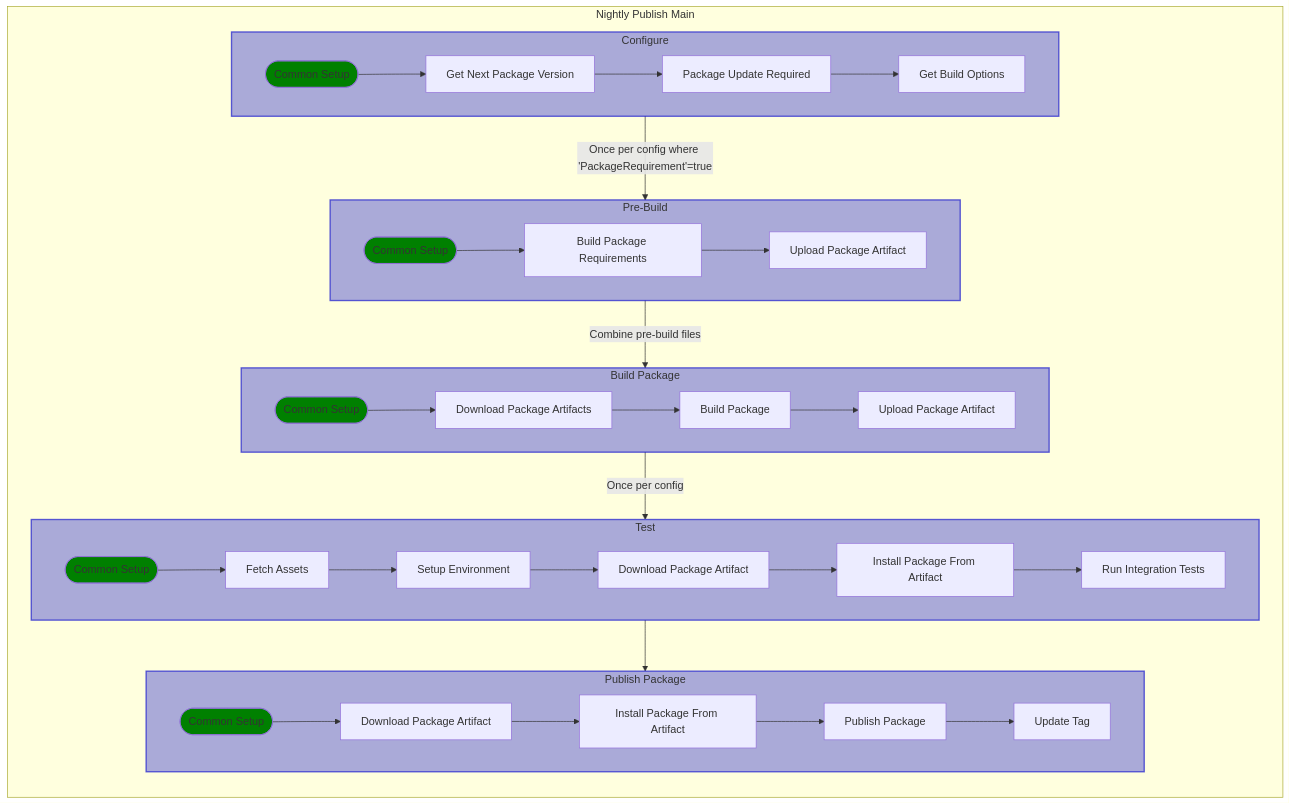
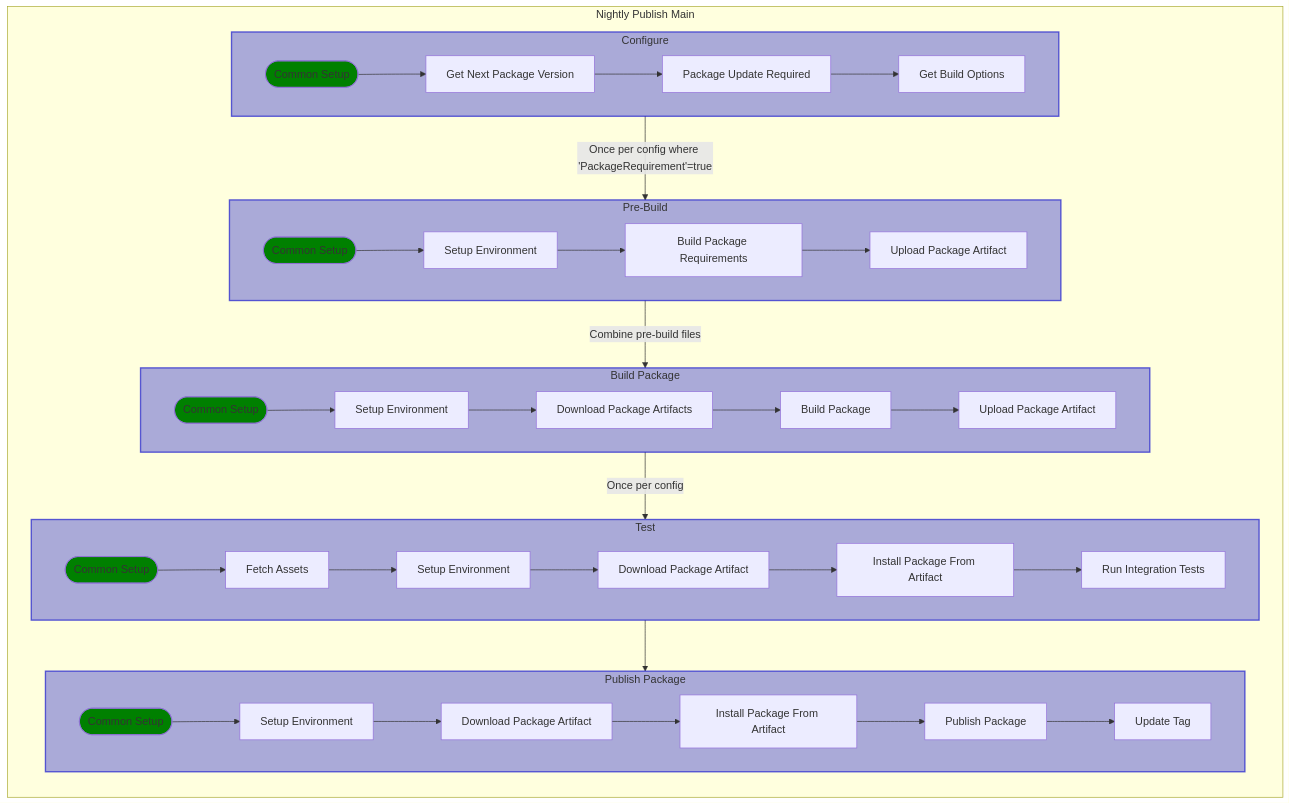
Before and after one commit to postindustria-tech/common-ci: the second of 6 diagrams in README.md, drawn with Mermaid.

Commit message:
DOC: Added setup environment step.

````diff
--- a/README.md
+++ b/README.md
@@ -49,69 +49,72 @@
 ``` mermaid
 flowchart LR;
 
 subgraph Nightly Publish Main
   conf -- Once per config where 'PackageRequirement'=true --> pbuild
   pbuild -- Combine pre-build files --> build
   build -- Once per config --> test
   test --> pub
 end
 
 subgraph conf[Configure]
   direction LR
   style conf fill:#00C5,stroke:#00C9,stroke-width:2px;
   A([Common Setup])
   style A fill:green;
   B[Get Next Package Version]
   C[Package Update Required]
   D[Get Build Options]
   A-->B-->C-->D
 
 end
 
 subgraph pbuild[Pre-Build]
   direction LR
   style pbuild fill:#00C5,stroke: #00C9,stroke-width:2px;
   style PB1 fill:green;
   PB1([Common Setup])
-  PB2[Build Package Requirements]
-  PB3[Upload Package Artifact]
-  PB1-->PB2-->PB3
+  PB2[Setup Environment]
+  PB3[Build Package Requirements]
+  PB4[Upload Package Artifact]
+  PB1-->PB2-->PB3-->PB4
 end
 
 subgraph build[Build Package]
   direction LR
   style build fill:#00C5,stroke: #00C9,stroke-width:2px;
   style B1 fill:green;
   B1([Common Setup])
-  B2[Download Package Artifacts]
-  B3[Build Package]
-  B4[Upload Package Artifact]
-  B1-->B2-->B3-->B4
+  B2[Setup Environment]
+  B3[Download Package Artifacts]
+  B4[Build Package]
+  B5[Upload Package Artifact]
+  B1-->B2-->B3-->B4-->B5
 end
 
 subgraph test[Test]
   direction LR
   style test fill:#00C5,stroke:#00C9,stroke-width:2px;
   style T1 fill:green;
   T1([Common Setup])
   T2[Fetch Assets]
   T3[Setup Environment]
   T4[Download Package Artifact]
   T5[Install Package From Artifact]
   T6[Run Integration Tests]
   T1-->T2-->T3-->T4-->T5-->T6
 end
 
 subgraph pub[Publish Package]
   direction LR
   style pub fill:#00C5,stroke:#00C9,stroke-width:2px;
   style P1 fill:green;
   P1([Common Setup])
-  P2[Download Package Artifact]
-  P3[Install Package From Artifact]
-  P4[Publish Package]
-  P5[Update Tag]
-  P1-->P2-->P3-->P4-->P5
+  P2[Setup Environment]
+  P3[Download Package Artifact]
+  P4[Install Package From Artifact]
+  P5[Publish Package]
+  P6[Update Tag]
+  P1-->P2-->P3-->P4-->P5-->P6
 end
 
 ```
````
